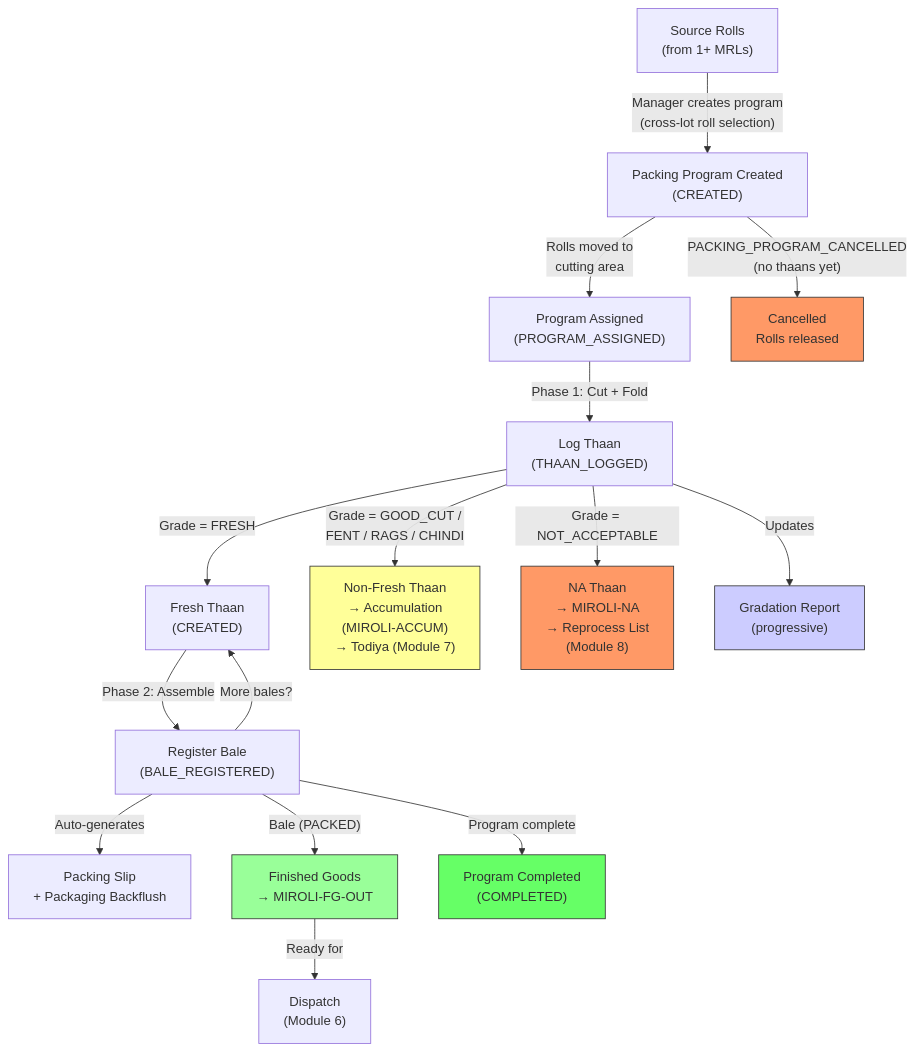
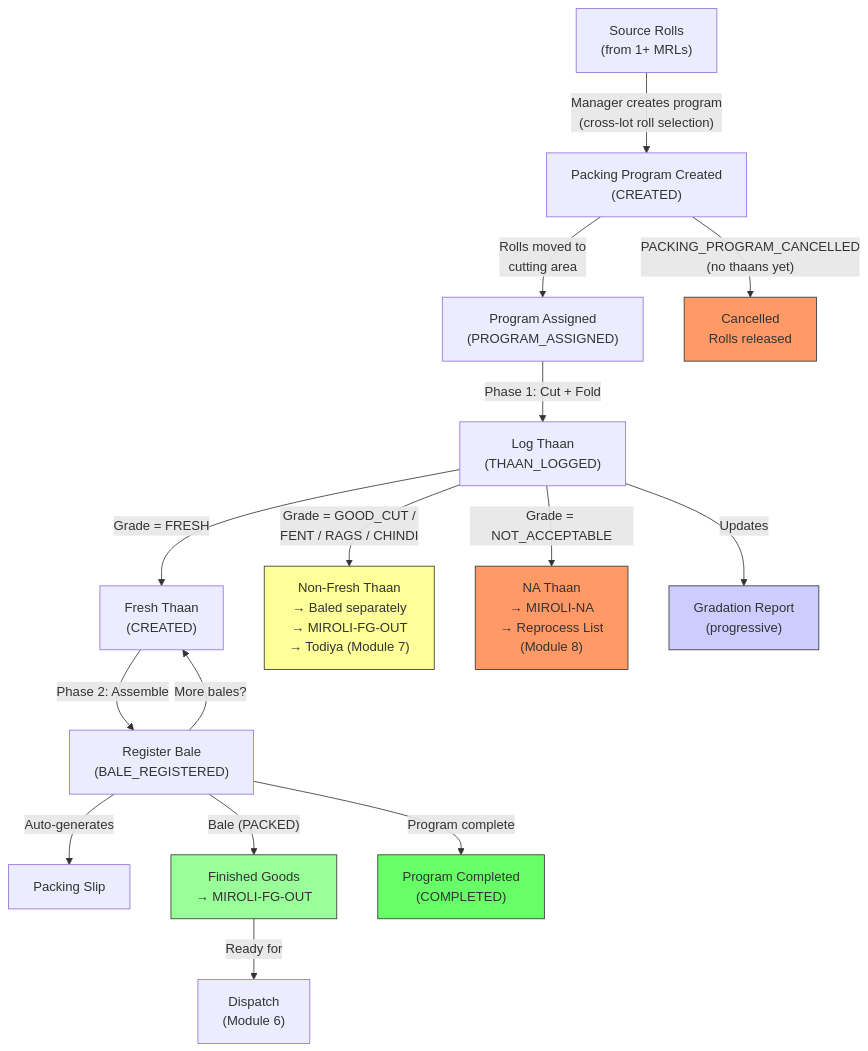
Before and after one commit to jetbrodocs/docs-rg-faith: the diagram in 40-solution-design/rg-faith-miroli/05-packing-program.md, drawn with Mermaid. The commit also changed other lines of this file and 7 other files, not shown here.

````diff
--- a/40-solution-design/rg-faith-miroli/05-packing-program.md
+++ b/40-solution-design/rg-faith-miroli/05-packing-program.md
@@ -561,31 +561,31 @@
 ```mermaid
 flowchart TD
     A["Source Rolls\n(from 1+ MRLs)"] -->|"Manager creates program\n(cross-lot roll selection)"| B["Packing Program Created\n(CREATED)"]
     B -->|"Rolls moved to\ncutting area"| C["Program Assigned\n(PROGRAM_ASSIGNED)"]
 
     C -->|"Phase 1: Cut + Fold"| D["Log Thaan\n(THAAN_LOGGED)"]
 
     D -->|"Grade = FRESH"| E["Fresh Thaan\n(CREATED)"]
-    D -->|"Grade = GOOD_CUT /\nFENT / RAGS / CHINDI"| F["Non-Fresh Thaan\n→ Accumulation\n(MIROLI-ACCUM)\n→ Todiya (Module 7)"]
+    D -->|"Grade = GOOD_CUT /\nFENT / RAGS / CHINDI"| F["Non-Fresh Thaan\n→ Baled separately\n→ MIROLI-FG-OUT\n→ Todiya (Module 7)"]
     D -->|"Grade = NOT_ACCEPTABLE"| G["NA Thaan\n→ MIROLI-NA\n→ Reprocess List\n(Module 8)"]
 
     D -->|"Updates"| H["Gradation Report\n(progressive)"]
 
     E -->|"Phase 2: Assemble"| I["Register Bale\n(BALE_REGISTERED)"]
-    I -->|"Auto-generates"| J["Packing Slip\n+ Packaging Backflush"]
+    I -->|"Auto-generates"| J["Packing Slip"]
     I -->|"Bale (PACKED)"| K["Finished Goods\n→ MIROLI-FG-OUT"]
 
     I -->|"More bales?"| E
     I -->|"Program complete"| L["Program Completed\n(COMPLETED)"]
 
     B -->|"PACKING_PROGRAM_CANCELLED\n(no thaans yet)"| M["Cancelled\nRolls released"]
 
     K -->|"Ready for"| N["Dispatch\n(Module 6)"]
 
     style L fill:#6f6,stroke:#333
     style M fill:#f96,stroke:#333
     style K fill:#9f9,stroke:#333
     style F fill:#ff9,stroke:#333
     style G fill:#f96,stroke:#333
     style H fill:#ccf,stroke:#333
 ```
````
